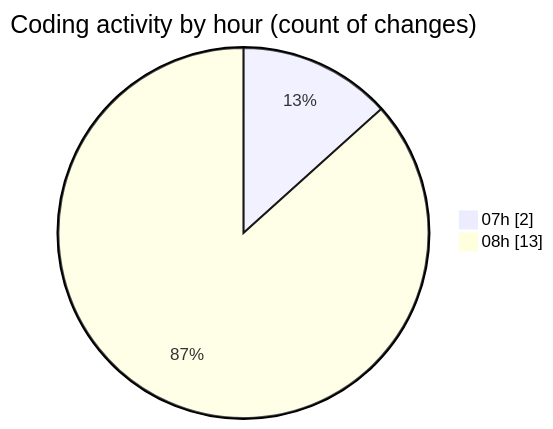
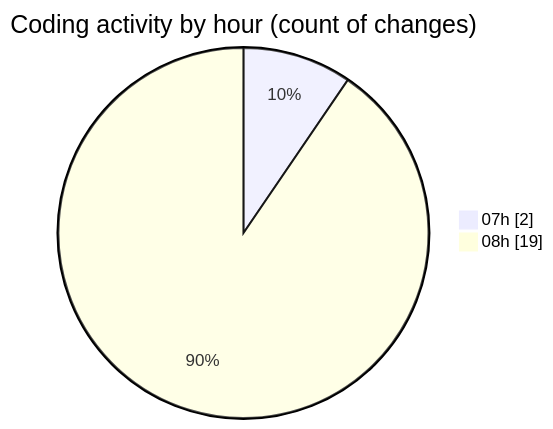
One commit to LanceThiago/code-tracking changed the second of 2 diagrams in 2025-01-09/nueva_carpeta/README.md. Above: the diagram before and after it, drawn with Mermaid. The commit also changed other lines of this file and 1 other file, not shown here.

````diff
--- a/2025-01-09/nueva_carpeta/README.md
+++ b/2025-01-09/nueva_carpeta/README.md
@@ -28,6 +28,6 @@
 ```mermaid
 pie showData
 title Coding activity by hour (count of changes)
 "07h" : 2
-"08h" : 13
+"08h" : 19
 ```
````
